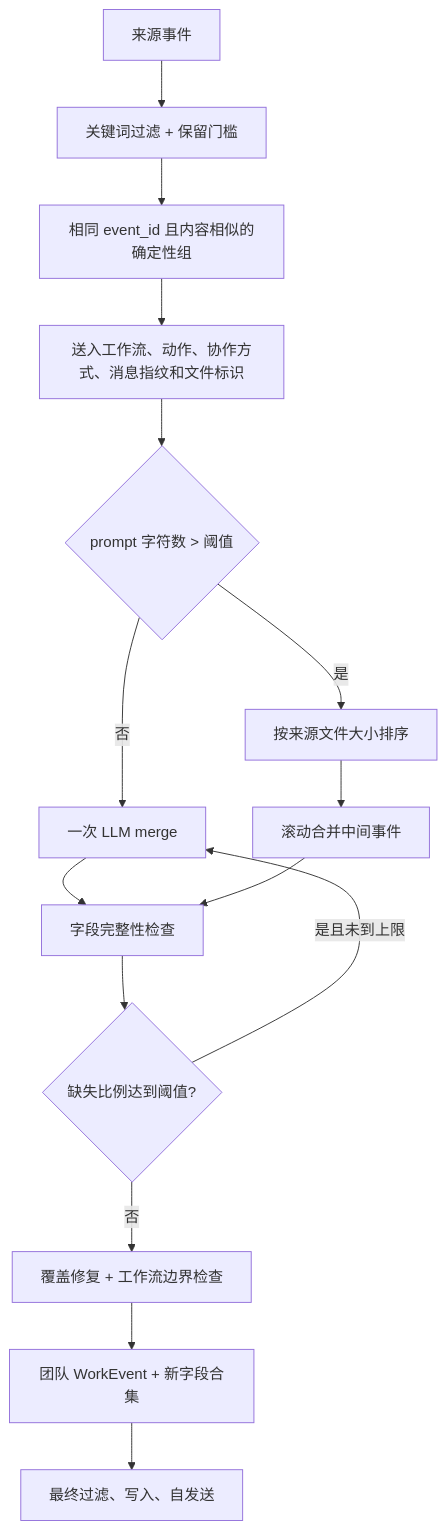
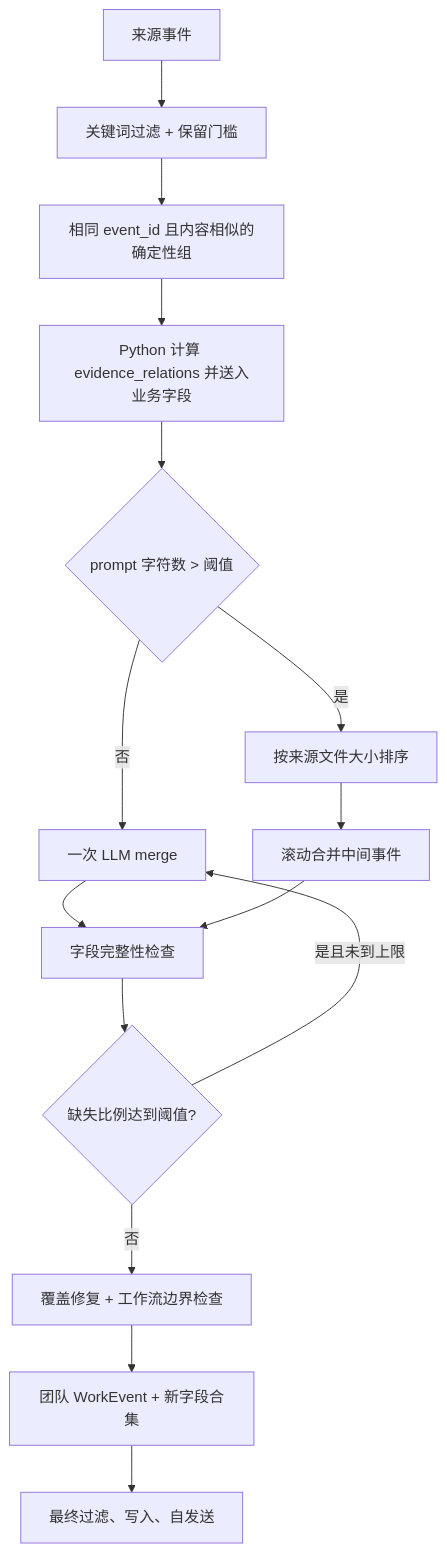
Before and after one commit to sunweisheng/WorkTrace: the fourth of 4 diagrams in docs/detailed-design.md, drawn with Mermaid. The commit also changed other lines of this file and 5 other files, not shown here.

Commit message:
refactor: precompute collected merge evidence relations

````diff
--- a/docs/detailed-design.md
+++ b/docs/detailed-design.md
@@ -289,17 +289,17 @@
 ```mermaid
 flowchart TD
     A["来源事件"] --> B["关键词过滤 + 保留门槛"]
     B --> C["相同 event_id 且内容相似的确定性组"]
-    C --> D["送入工作流、动作、协作方式、消息指纹和文件标识"]
+    C --> D["Python 计算 evidence_relations 并送入业务字段"]
     D --> E{"prompt 字符数 > 阈值"}
     E -->|"否"| F["一次 LLM merge"]
     E -->|"是"| G["按来源文件大小排序"]
     G --> H["滚动合并中间事件"]
     F --> I["字段完整性检查"]
     H --> I
     I --> J{"缺失比例达到阈值?"}
     J -->|"是且未到上限"| F
     J -->|"否"| K["覆盖修复 + 工作流边界检查"]
     K --> L["团队 WorkEvent + 新字段合集"]
     L --> M["最终过滤、写入、自发送"]
 ```
````
